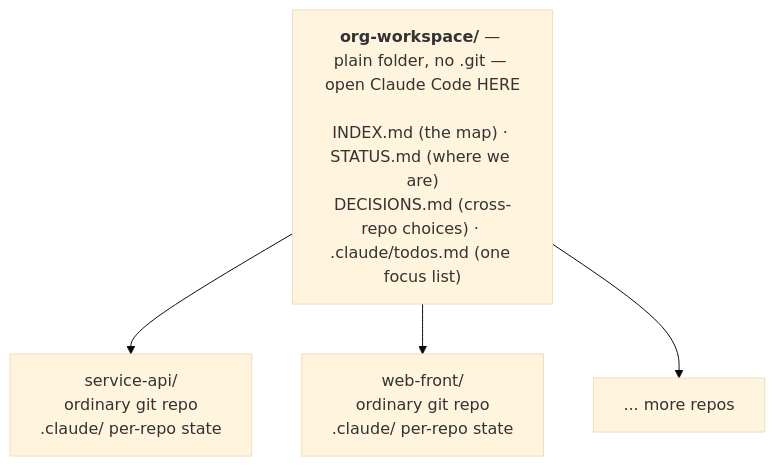
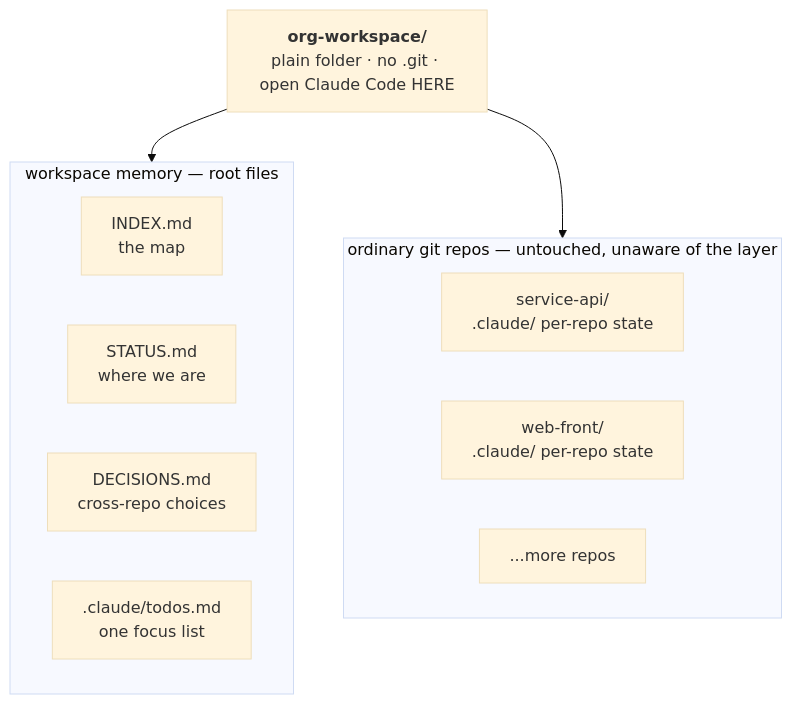
The second of 2 diagrams in README.md (mauroepce/claude-workspace), drawn with Mermaid (base theme) before and after one commit.

Commit message:
docs: workspace-layer diagram — real hierarchy instead of one text box
The root node crammed the four state files as text inside itself, so
the diagram read as a paragraph in a box. Now the folder sits on top
and two subgraphs hang below it: the workspace memory files (each its
own node) and the untouched git repos.

````diff
--- a/README.md
+++ b/README.md
@@ -92,7 +92,22 @@
 ```mermaid
 flowchart TD
-    WS["<b>org-workspace/</b> — plain folder, no .git — open Claude Code HERE<br/><br/>INDEX.md (the map) · STATUS.md (where we are)<br/>DECISIONS.md (cross-repo choices) · .claude/todos.md (one focus list)"]
-    WS --> A["service-api/<br/>ordinary git repo<br/>.claude/ per-repo state"]
-    WS --> B["web-front/<br/>ordinary git repo<br/>.claude/ per-repo state"]
-    WS --> N["... more repos"]
+    WS["<b>org-workspace/</b><br/>plain folder · no .git · open Claude Code HERE"]
+
+    subgraph MEM["workspace memory — root files"]
+        direction LR
+        IDX["INDEX.md<br/>the map"]
+        ST["STATUS.md<br/>where we are"]
+        DEC["DECISIONS.md<br/>cross-repo choices"]
+        TODO[".claude/todos.md<br/>one focus list"]
+    end
+
+    subgraph REPOS["ordinary git repos — untouched, unaware of the layer"]
+        direction LR
+        A["service-api/<br/>.claude/ per-repo state"]
+        B["web-front/<br/>.claude/ per-repo state"]
+        N["...more repos"]
+    end
+
+    WS --> MEM
+    WS --> REPOS
 ```
````
